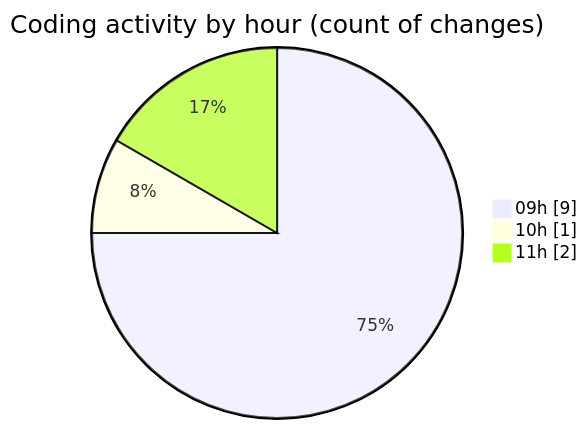
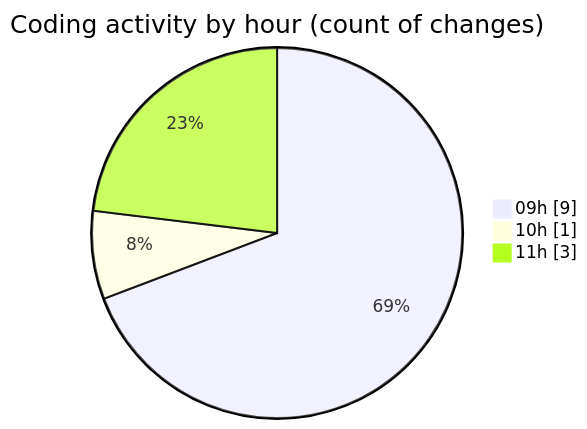
One commit to ricardozamudiocil/code-tracking changed the second of 2 diagrams in 2026-04-16/cilapp/README.md. Above: the diagram before and after it, drawn with Mermaid. The commit also changed other lines of this file and 1 other file, not shown here.

````diff
--- a/2026-04-16/cilapp/README.md
+++ b/2026-04-16/cilapp/README.md
@@ -36,7 +38,7 @@
 ```mermaid
 pie showData
 title Coding activity by hour (count of changes)
 "09h" : 9
 "10h" : 1
-"11h" : 2
+"11h" : 3
 ```
````
